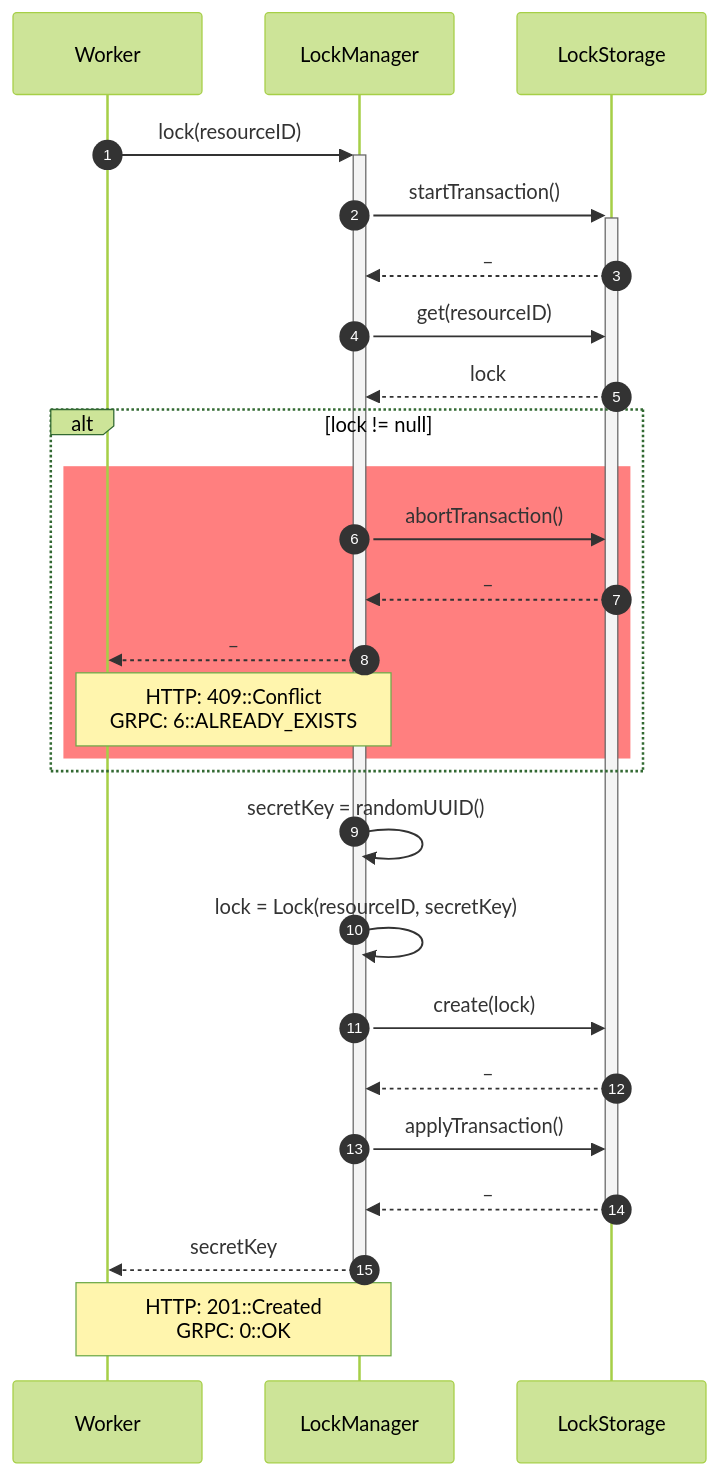
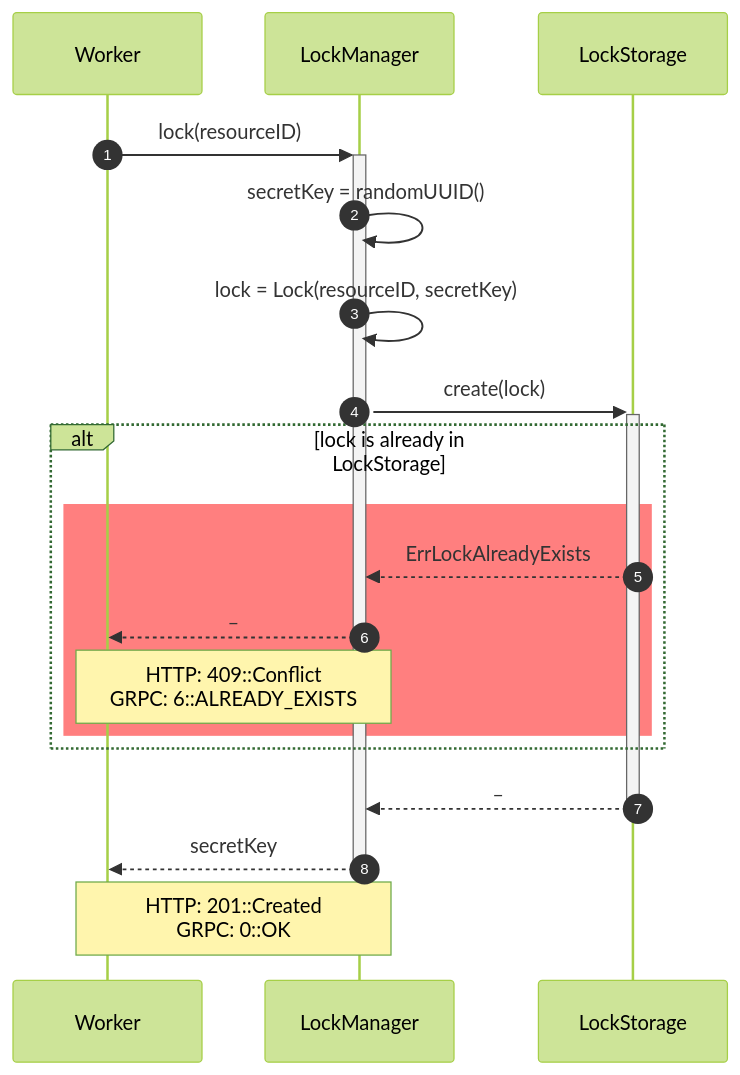
Before and after one commit to ruslanSorokin/lock-manager: the diagram in docs/lock-manager/src/sequence/lock.mmd, drawn with Mermaid (forest theme). The commit also changed 4 other files, not shown here.

```diff
--- a/docs/lock-manager/src/sequence/lock.mmd
+++ b/docs/lock-manager/src/sequence/lock.mmd
@@ -1,27 +1,20 @@
 sequenceDiagram
   autonumber
   participant w as Worker
   participant lm as LockManager
   participant ls as LockStorage
 
   w->>+lm: lock(resourceID)
-  lm->>+ls: startTransaction()
-  ls-->>lm: _
-  lm->>ls: get(resourceID)
-  ls-->>lm: lock
-  alt lock != null
+  lm->>lm: secretKey = randomUUID()
+  lm->>lm: lock = Lock(resourceID, secretKey)
+  lm->>+ls: create(lock)
+  alt lock is already in LockStorage
     rect rgba(255, 0, 0, 0.5)
-      lm->>ls: abortTransaction()
-      ls-->>lm: _
+      ls-->>lm: ErrLockAlreadyExists
       lm-->>w: _
       Note over w,lm: HTTP: 409::Conflict<br>GRPC: 6::ALREADY_EXISTS
     end
   end
-  lm->>lm: secretKey = randomUUID()
-  lm->>lm: lock = Lock(resourceID, secretKey)
-  lm->>ls: create(lock)
-  ls-->>lm: _
-  lm->>ls: applyTransaction()
   ls-->>-lm: _
   lm-->>-w: secretKey
   Note over w,lm: HTTP: 201::Created<br>GRPC: 0::OK
```
